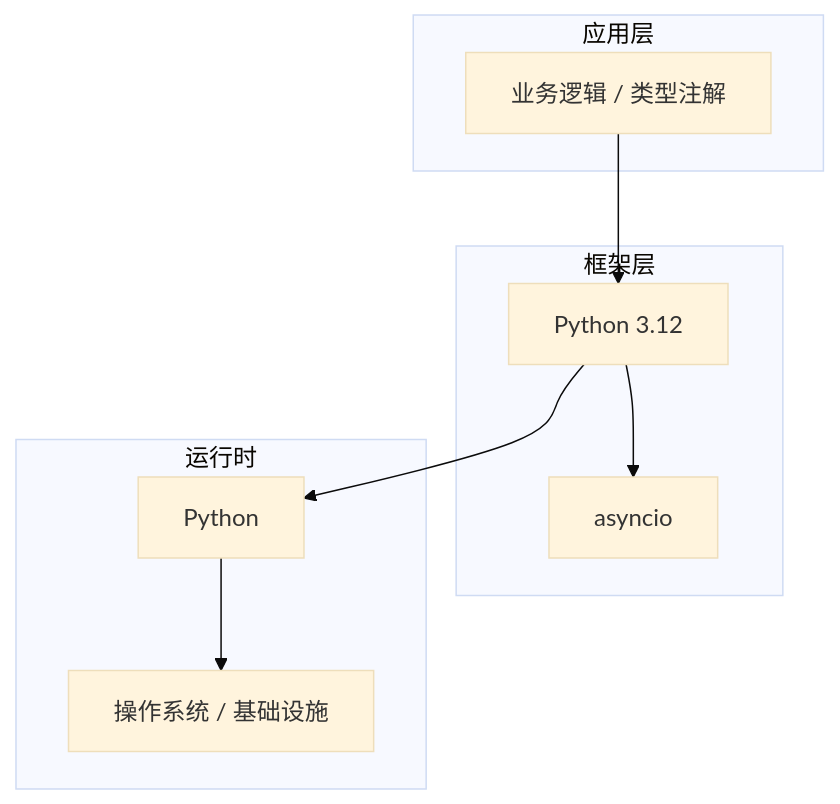
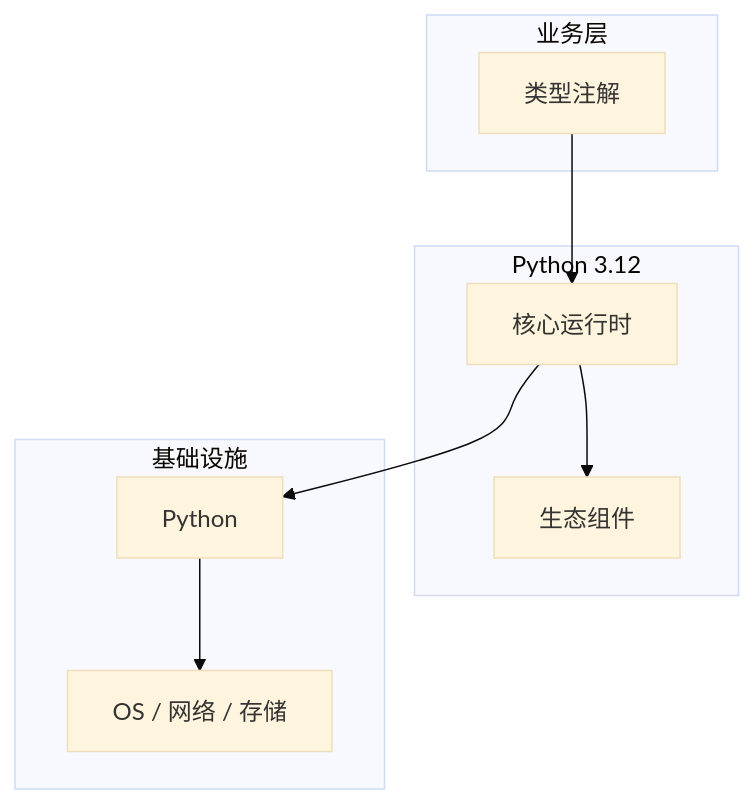
Before and after one commit to yanggan2015/knowledge-json-v2: the diagram in articles/Python高级/chapters/049-类型注解核心概念与原理.md, drawn with Mermaid (base theme). The commit also changed other lines of this file and 10127 other files, not shown here.

````diff
--- a/articles/Python高级/chapters/049-类型注解核心概念与原理.md
+++ b/articles/Python高级/chapters/049-类型注解核心概念与原理.md
@@ -45,18 +34,18 @@
 ```mermaid
 graph TB
-    subgraph 应用层
-        A[业务逻辑 / 类型注解]
+    subgraph 业务层
+        A[类型注解]
     end
-    subgraph 框架层
-        B[Python 3.12]
-        C[asyncio]
+    subgraph Python 3.12
+        B[核心运行时]
+        C[生态组件]
     end
-    subgraph 运行时
+    subgraph 基础设施
         D[Python]
-        E[操作系统 / 基础设施]
+        E[OS / 网络 / 存储]
     end
     A --> B
     B --> C
     B --> D
     D --> E
 ```
````
